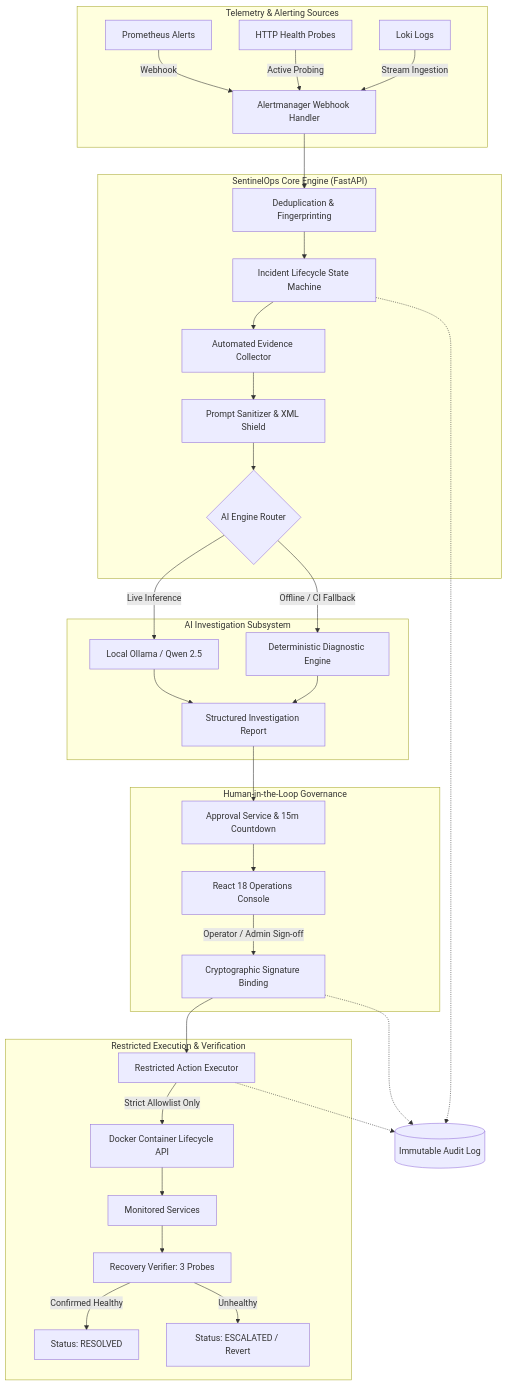
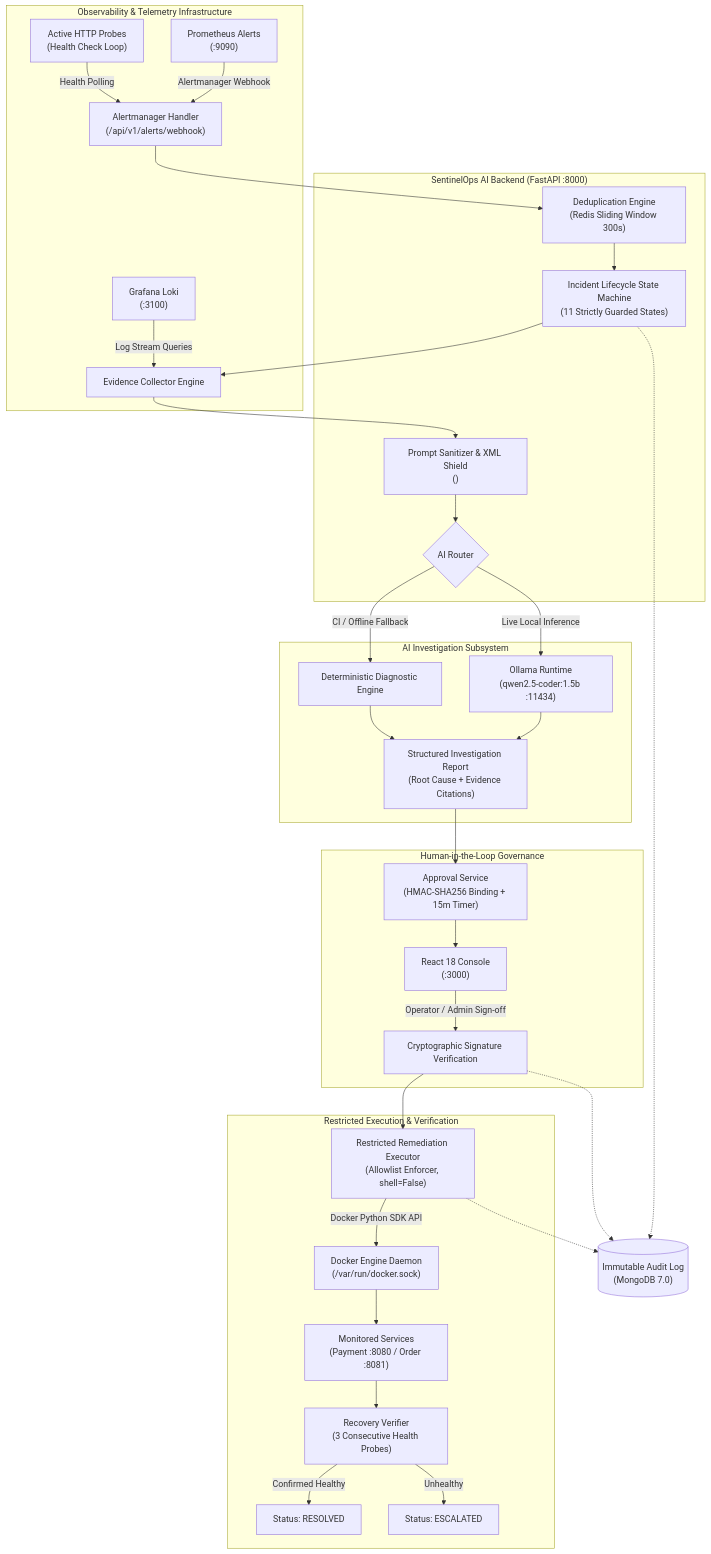
The first of 5 diagrams in README.md (Venu5198/SentinelOps-AI), drawn with Mermaid before and after one commit. The commit also changed other lines of this file and 12 other files, not shown here.

````diff
--- a/README.md
+++ b/README.md
@@ -31,42 +122,42 @@
 ```mermaid
 flowchart TD
-    subgraph Observability ["Telemetry & Alerting Sources"]
-        A1[Prometheus Alerts] -->|Webhook| INGEST[Alertmanager Webhook Handler]
-        A2[HTTP Health Probes] -->|Active Probing| INGEST
-        A3[Loki Logs] -->|Stream Ingestion| INGEST
+    subgraph Observability ["Observability & Telemetry Infrastructure"]
+        A1["Prometheus Alerts\n(:9090)"] -->|Alertmanager Webhook| INGEST["Alertmanager Handler\n(/api/v1/alerts/webhook)"]
+        A2["Active HTTP Probes\n(Health Check Loop)"] -->|Health Polling| INGEST
+        A3["Grafana Loki\n(:3100)"] -->|Log Stream Queries| COLLECT["Evidence Collector Engine"]
     end
 
-    subgraph CoreEngine ["SentinelOps Core Engine (FastAPI)"]
-        INGEST --> DEDUP[Deduplication & Fingerprinting]
-        DEDUP --> STATE[Incident Lifecycle State Machine]
-        STATE --> COLLECT[Automated Evidence Collector]
-        COLLECT --> SHIELD[Prompt Sanitizer & XML Shield]
-        SHIELD --> AI_ROUTER{AI Engine Router}
+    subgraph CoreBackend ["SentinelOps AI Backend (FastAPI :8000)"]
+        INGEST --> DEDUP["Deduplication Engine\n(Redis Sliding Window 300s)"]
+        DEDUP --> LIFECYCLE["Incident Lifecycle State Machine\n(11 Strictly Guarded States)"]
+        LIFECYCLE --> COLLECT
+        COLLECT --> SHIELD["Prompt Sanitizer & XML Shield\n(<untrusted_evidence>)"]
+        SHIELD --> AI_ROUTER{"AI Router"}
     end
 
     subgraph AISubsystem ["AI Investigation Subsystem"]
-        AI_ROUTER -->|Live Inference| OLLAMA[Local Ollama / Qwen 2.5]
-        AI_ROUTER -->|Offline / CI Fallback| MOCK_AI[Deterministic Diagnostic Engine]
-        OLLAMA --> REPORT[Structured Investigation Report]
+        AI_ROUTER -->|Live Local Inference| OLLAMA["Ollama Runtime\n(qwen2.5-coder:1.5b :11434)"]
+        AI_ROUTER -->|CI / Offline Fallback| MOCK_AI["Deterministic Diagnostic Engine"]
+        OLLAMA --> REPORT["Structured Investigation Report\n(Root Cause + Evidence Citations)"]
         MOCK_AI --> REPORT
     end
 
-    subgraph HumanApproval ["Human-in-the-Loop Governance"]
-        REPORT --> APPROVAL_SVC[Approval Service & 15m Countdown]
-        APPROVAL_SVC --> UI[React 18 Operations Console]
-        UI -->|Operator / Admin Sign-off| DECISION[Cryptographic Signature Binding]
+    subgraph HumanGovernance ["Human-in-the-Loop Governance"]
+        REPORT --> APPROVAL_SVC["Approval Service\n(HMAC-SHA256 Binding + 15m Timer)"]
+        APPROVAL_SVC --> UI["React 18 Console\n(:3000)"]
+        UI -->|Operator / Admin Sign-off| DECISION["Cryptographic Signature Verification"]
     end
 
-    subgraph Execution ["Restricted Execution & Verification"]
-        DECISION --> EXECUTOR[Restricted Action Executor]
-        EXECUTOR -->|Strict Allowlist Only| DOCKER_API[Docker Container Lifecycle API]
-        DOCKER_API --> TARGET[Monitored Services]
-        TARGET --> VERIFIER[Recovery Verifier: 3 Probes]
-        VERIFIER -->|Confirmed Healthy| RESOLVED[Status: RESOLVED]
-        VERIFIER -->|Unhealthy| ESCALATED[Status: ESCALATED / Revert]
+    subgraph ExecutionSubsystem ["Restricted Execution & Verification"]
+        DECISION --> EXECUTOR["Restricted Remediation Executor\n(Allowlist Enforcer, shell=False)"]
+        EXECUTOR -->|Docker Python SDK API| DOCKER_ENGINE["Docker Engine Daemon\n(/var/run/docker.sock)"]
+        DOCKER_ENGINE --> TARGET["Monitored Services\n(Payment :8080 / Order :8081)"]
+        TARGET --> VERIFIER["Recovery Verifier\n(3 Consecutive Health Probes)"]
+        VERIFIER -->|Confirmed Healthy| RESOLVED["Status: RESOLVED"]
+        VERIFIER -->|Unhealthy| ESCALATED["Status: ESCALATED"]
     end
 
-    STATE -.-> AUDIT[(Immutable Audit Log)]
+    LIFECYCLE -.-> AUDIT[("Immutable Audit Log\n(MongoDB 7.0)")]
     DECISION -.-> AUDIT
     EXECUTOR -.-> AUDIT
 ```
````
